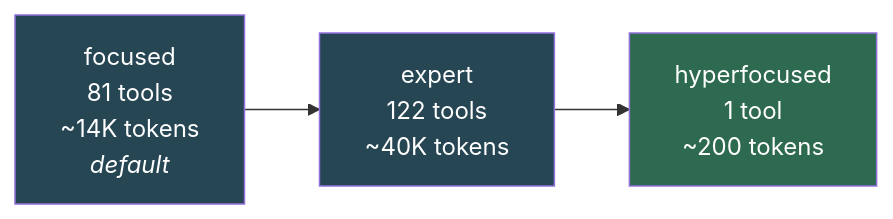
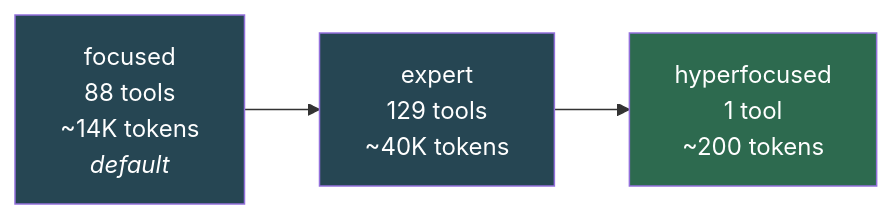
Before and after one commit to pooyoukun/vibing-steampunk: the third of 3 diagrams in README.md, drawn with Mermaid. The commit also changed other lines of this file and 5 other files, not shown here.

First line of the commit message:
docs: update tool counts (129 expert, 88 focused), add sprint report and session contexts

````diff
--- a/README.md
+++ b/README.md
@@ -557,8 +557,8 @@
 ```mermaid
 graph LR
-    F["focused<br/>81 tools<br/>~14K tokens<br/><i>default</i>"] --> E["expert<br/>122 tools<br/>~40K tokens"]
+    F["focused<br/>88 tools<br/>~14K tokens<br/><i>default</i>"] --> E["expert<br/>129 tools<br/>~40K tokens"]
     E --> H["hyperfocused<br/>1 tool<br/>~200 tokens"]
     style H fill:#2d6a4f,color:#fff
     style F fill:#264653,color:#fff
     style E fill:#264653,color:#fff
 ```
````
